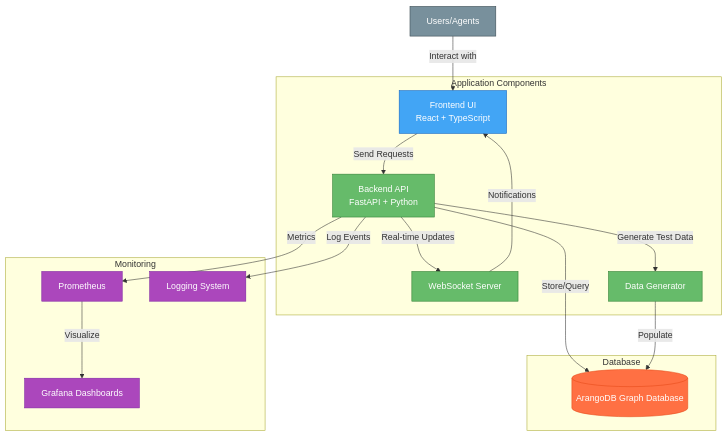
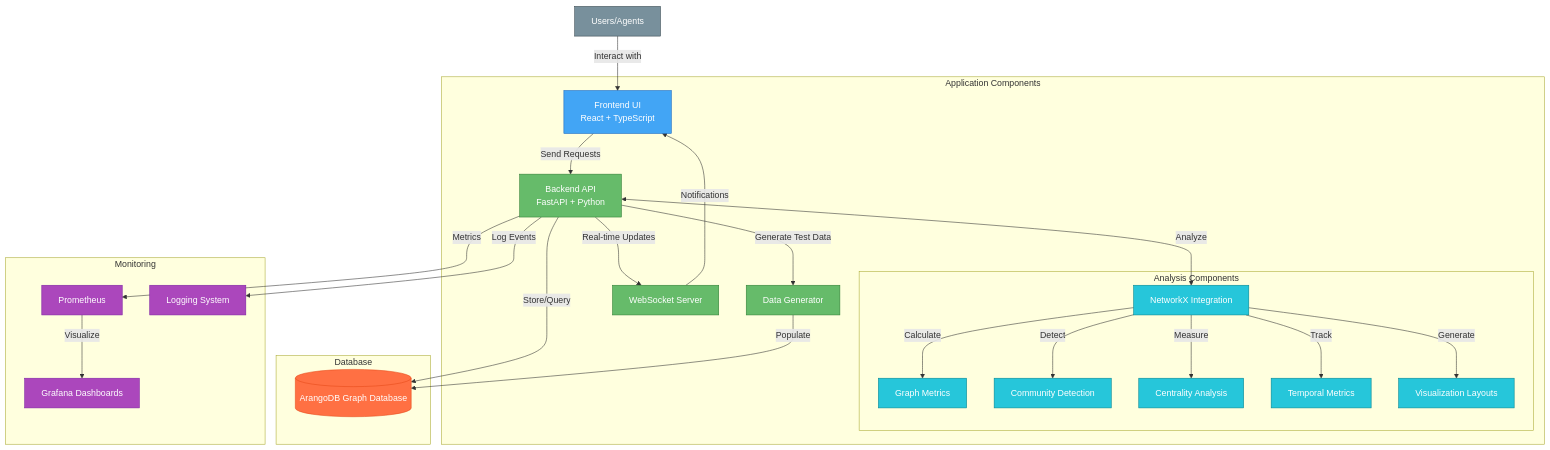
Before and after one commit to JtPerez-Acle/NeuroSpark: the first of 7 diagrams in README.md, drawn with Mermaid. The commit also changed other lines of this file and 14 other files, not shown here.

Commit message:
[core] version 0.8.2 release, NetworkX integration

````diff
--- a/README.md
+++ b/README.md
@@ -23,42 +38,63 @@
 ```mermaid
 graph TD
     subgraph "Application Components"
         FE[Frontend UI<br>React + TypeScript]
         BE[Backend API<br>FastAPI + Python]
         WS[WebSocket Server]
         DG[Data Generator]
+        
+        subgraph "Analysis Components" 
+            NX[NetworkX Integration]
+            GM[Graph Metrics]
+            CD[Community Detection]
+            CN[Centrality Analysis]
+            TM[Temporal Metrics]
+            VL[Visualization Layouts]
+        end
     end
     
     subgraph "Database"
         DB[(ArangoDB Graph Database)]
     end
     
     subgraph "Monitoring"
         PR[Prometheus]
         GR[Grafana Dashboards]
         LOG[Logging System]
     end
     
     US[Users/Agents] -->|Interact with| FE
     FE -->|Send Requests| BE
     BE -->|Real-time Updates| WS
     WS -->|Notifications| FE
     BE -->|Store/Query| DB
     BE -->|Generate Test Data| DG
     DG -->|Populate| DB
+    
+    %% NetworkX Integration
+    BE <-->|Analyze| NX
+    NX -->|Calculate| GM
+    NX -->|Detect| CD
+    NX -->|Measure| CN
+    NX -->|Track| TM
+    NX -->|Generate| VL
+    
+    %% Monitoring
     BE -->|Metrics| PR
     PR -->|Visualize| GR
     BE -->|Log Events| LOG
     
     classDef frontend fill:#42a5f5,stroke:#1565c0,color:#fff
     classDef backend fill:#66bb6a,stroke:#2e7d32,color:#fff
     classDef database fill:#ff7043,stroke:#e64a19,color:#fff
     classDef monitoring fill:#ab47bc,stroke:#7b1fa2,color:#fff
+    classDef analysis fill:#26c6da,stroke:#00838f,color:#fff
     classDef user fill:#78909c,stroke:#37474f,color:#fff
     
     class FE frontend
     class BE,WS,DG backend
     class DB database
     class PR,GR,LOG monitoring
+    class NX,GM,CD,CN,TM,VL analysis
     class US user
 ```
````
